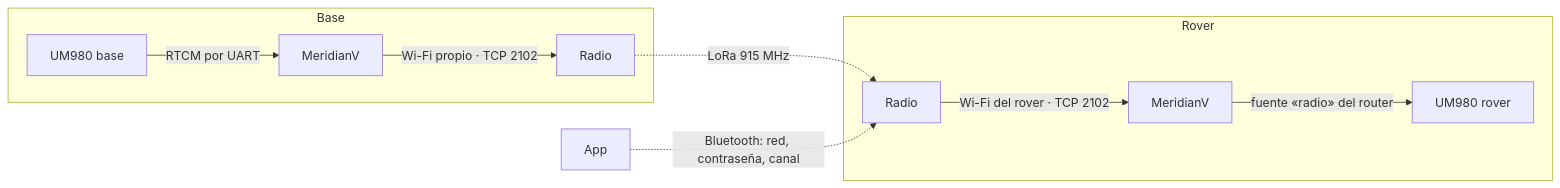
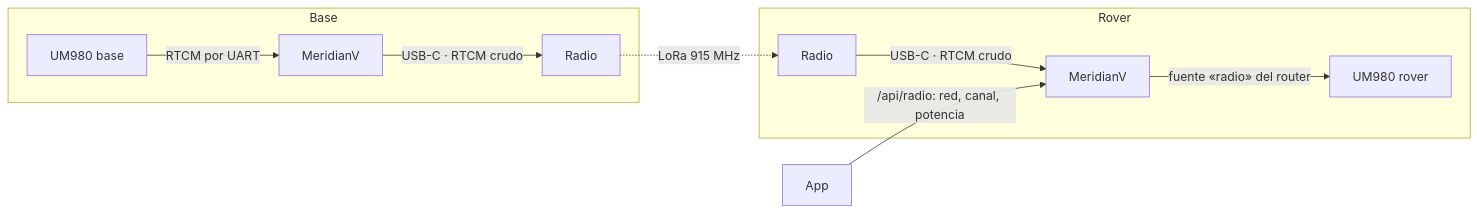
Before and after one commit to cadaritre/TresVizoRTK: the diagram in docs/radio/RADIO_MODULE.md, drawn with Mermaid. The commit also changed other lines of this file and 15 other files, not shown here.

First line of the commit message:
Radio LoRa 0.2.0 del MeridianV: enlace por el USB-C del receptor

````diff
--- a/docs/radio/RADIO_MODULE.md
+++ b/docs/radio/RADIO_MODULE.md
@@ -14,13 +17,13 @@
 ```mermaid
 flowchart LR
     subgraph Base
       UM1[UM980 base] -->|RTCM por UART| MV1[MeridianV]
-      MV1 -->|Wi-Fi propio · TCP 2102| R1[Radio]
+      MV1 -->|USB-C · RTCM crudo| R1[Radio]
     end
     R1 -. LoRa 915 MHz .-> R2[Radio]
     subgraph Rover
-      R2 -->|Wi-Fi del rover · TCP 2102| MV2[MeridianV]
+      R2 -->|USB-C · RTCM crudo| MV2[MeridianV]
       MV2 -->|fuente «radio» del router| UM2[UM980 rover]
     end
-    APP[App] -. Bluetooth: red, contraseña, canal .-> R2
+    APP[App] -->|/api/radio: red, canal, potencia| MV2
 ```
````
